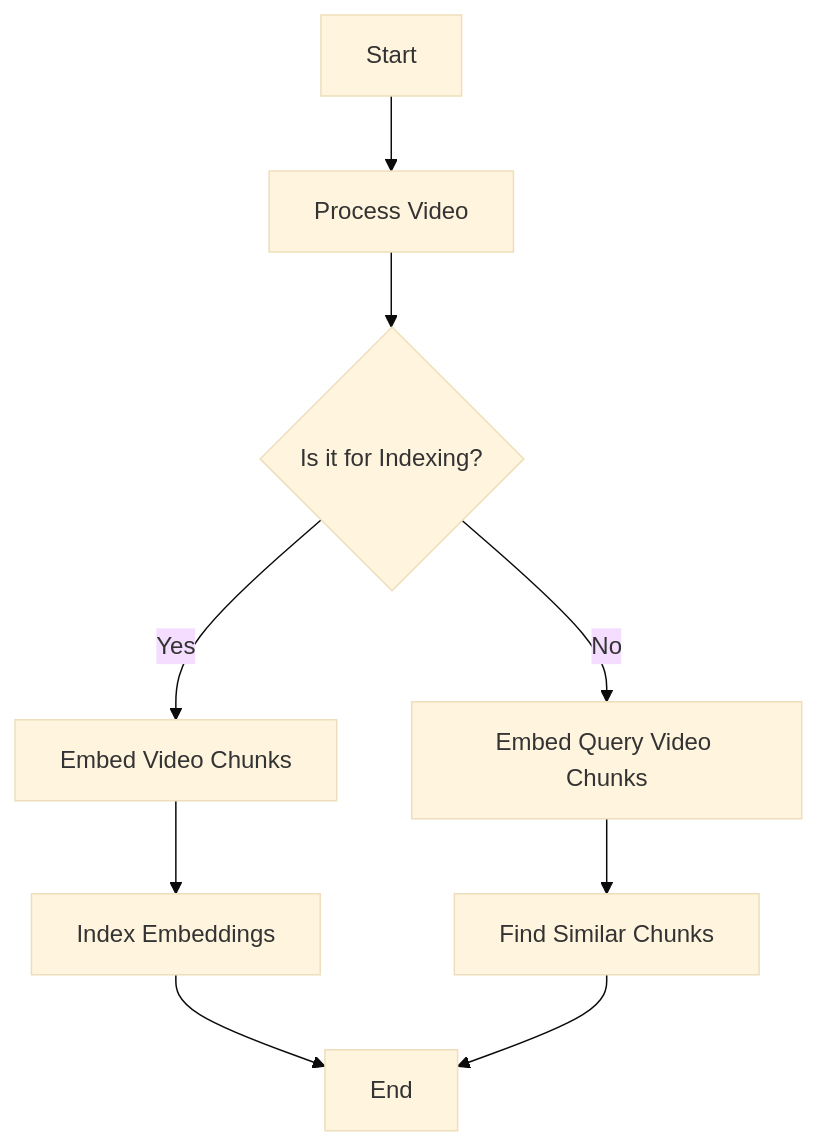
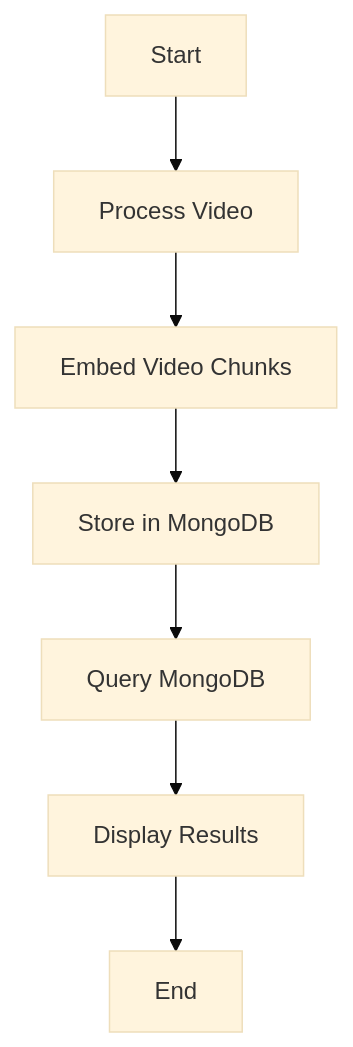
The diagram in reverse-video-search/README.md (mixpeek/use-cases), drawn with Mermaid (base theme) before and after one commit. The commit also changed other lines of this file and 1 other file, not shown here.

````diff
--- a/reverse-video-search/README.md
+++ b/reverse-video-search/README.md
@@ -46,11 +94,9 @@
 ```mermaid
 flowchart TD
 A[Start] --> B[Process Video]
-B --> C{Is it for Indexing?}
-C -->|Yes| D[Embed Video Chunks]
-C -->|No| E[Embed Query Video Chunks]
-D --> F[Index Embeddings]
-E --> G[Find Similar Chunks]
-F --> H[End]
-G --> H
+B --> C[Embed Video Chunks]
+C --> D[Store in MongoDB]
+D --> E[Query MongoDB]
+E --> F[Display Results]
+F --> G[End]
 ```
````
